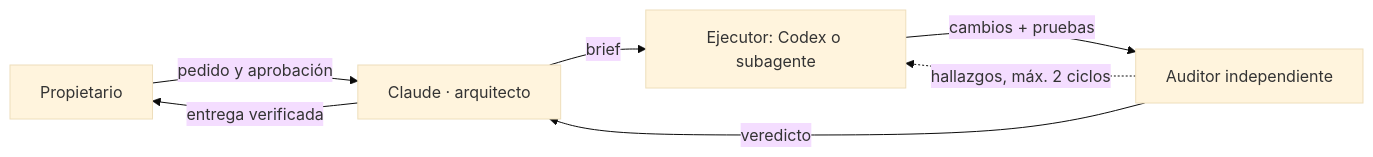
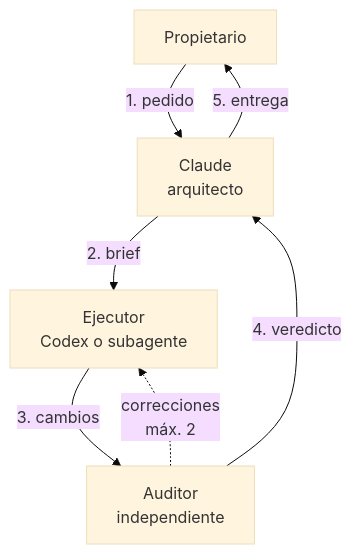
The second of 2 diagrams in README.md (williamxdferney2002-rgb/asistente-finanzas-n8n), drawn with Mermaid (base theme) before and after one commit.

Commit message:
README: diagrama de agentes legible

````diff
--- a/README.md
+++ b/README.md
@@ -75,9 +75,13 @@
 ```mermaid
-flowchart LR
-  U[Propietario] -->|pedido y aprobación| AR[Claude · arquitecto]
-  AR -->|brief| EJ[Ejecutor: Codex o subagente]
-  EJ -->|cambios + pruebas| AU[Auditor independiente]
-  AU -->|veredicto| AR
-  AU -.->|hallazgos, máx. 2 ciclos| EJ
-  AR -->|entrega verificada| U
+flowchart TD
+  U["Propietario"]
+  AR["Claude<br/>arquitecto"]
+  EJ["Ejecutor<br/>Codex o subagente"]
+  AU["Auditor<br/>independiente"]
+  U -->|"1. pedido"| AR
+  AR -->|"2. brief"| EJ
+  EJ -->|"3. cambios"| AU
+  AU -.->|"correcciones<br/>máx. 2"| EJ
+  AU -->|"4. veredicto"| AR
+  AR -->|"5. entrega"| U
 ```
````
